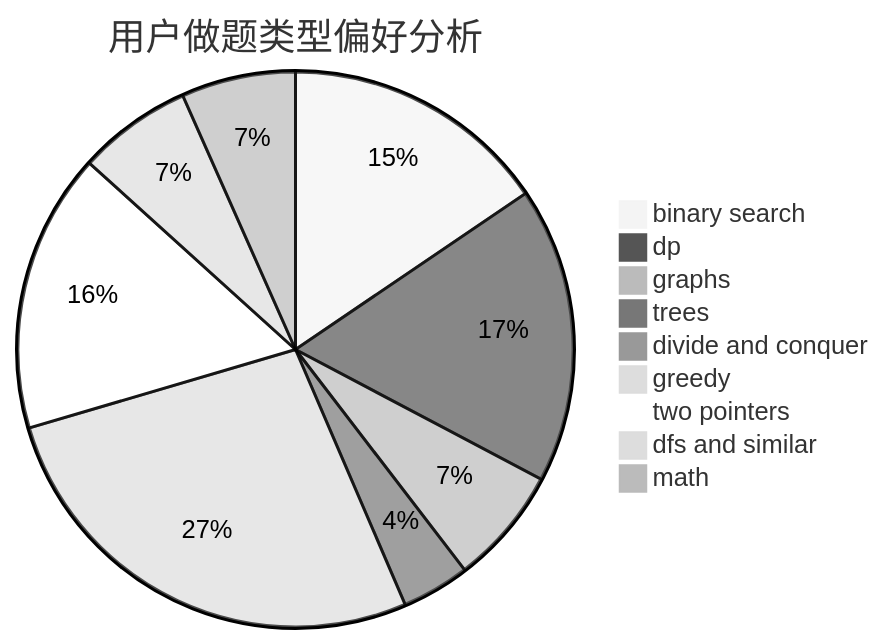
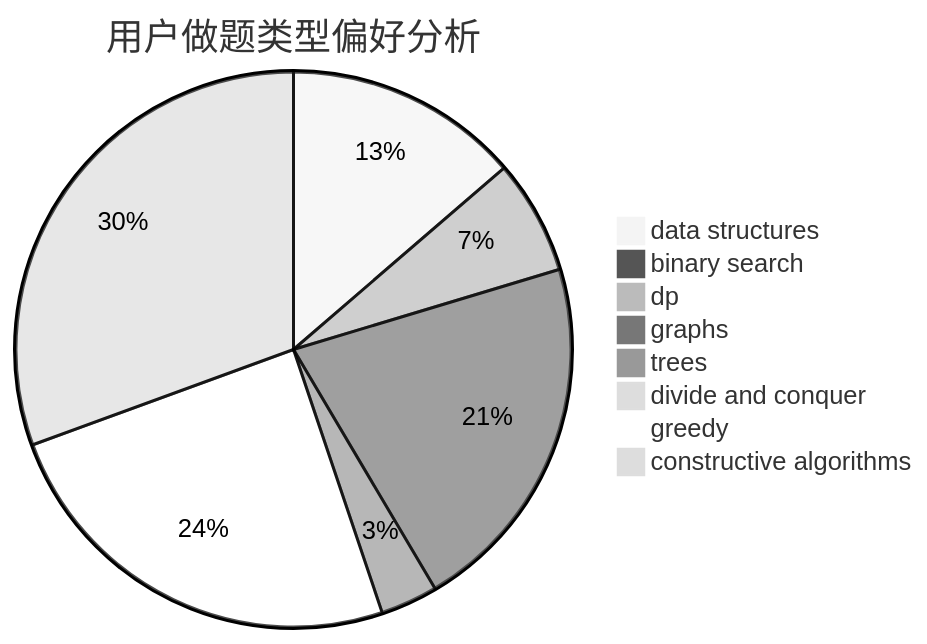
Before and after one commit to sherpahu/cfrs.github.io: the second of 3 diagrams in docs/user/u2535.md, drawn with Mermaid (neutral theme). The commit also changed other lines of this file and 2775 other files, not shown here.

````diff
--- a/docs/user/u2535.md
+++ b/docs/user/u2535.md
@@ -23,12 +23,11 @@
 ```mermaid
 pie title 用户做题类型偏好分析
-    "binary search" :  455
-    "dp" :  505
-    "graphs" :  201
-    "trees" :  116
+    "data structures" :  119
+    "binary search" :  7
+    "dp" :  58
+    "graphs" :  184
+    "trees" :  29
     "divide and conquer" :  8
-    "greedy" :  789
-    "two pointers" :  477
-    "dfs and similar" :  195
-    "math" :  195
+    "greedy" :  214
+    "constructive algorithms" :  266
 ```
````
